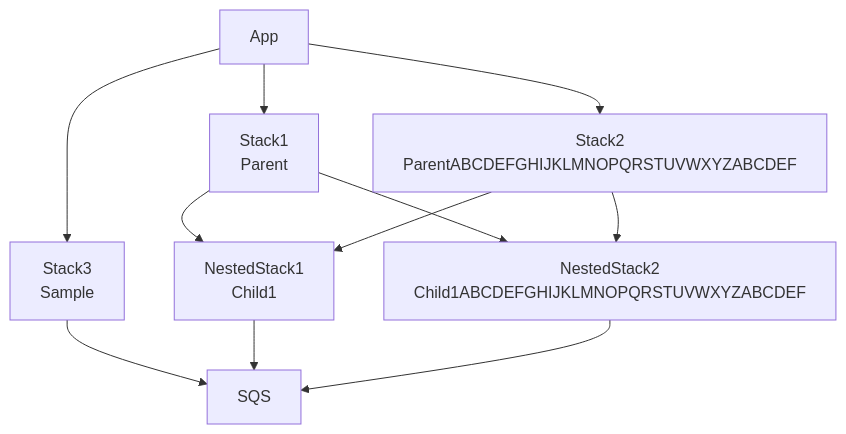
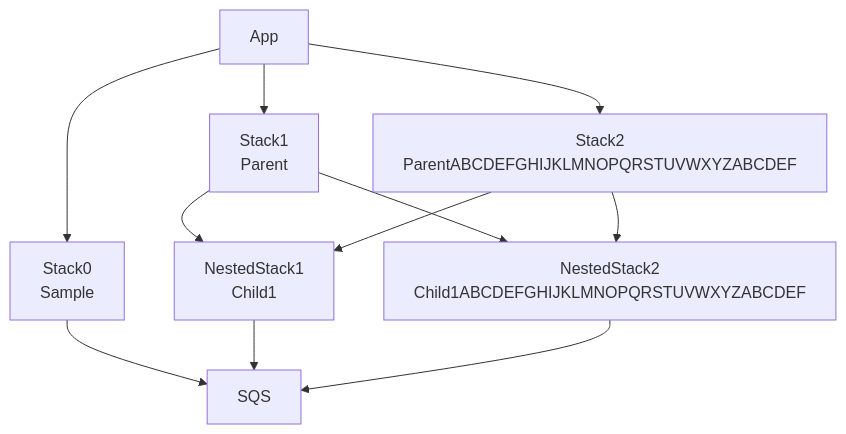
One commit to raihalea/nestedstack-memo changed the diagram in README.md. Above: the diagram before and after it, drawn with Mermaid. The commit also changed other lines of this file and 1 other file, not shown here.

````diff
--- a/README.md
+++ b/README.md
@@ -4,17 +4,17 @@
 ```mermaid
 graph TD
   A[App] --> B[Stack1<br>Parent]
   A --> C[Stack2<br>ParentABCDEFGHIJKLMNOPQRSTUVWXYZABCDEF]
-  A --> D[Stack3<br>Sample]
+  A --> D[Stack0<br>Sample]
 
   D --> I[SQS]
 
   B --> E[NestedStack1<br>Child1]
   B --> F[NestedStack2<br>Child1ABCDEFGHIJKLMNOPQRSTUVWXYZABCDEF]
 
   C --> E
   C --> F
 
   E --> I
   F --> I
 ```
````
